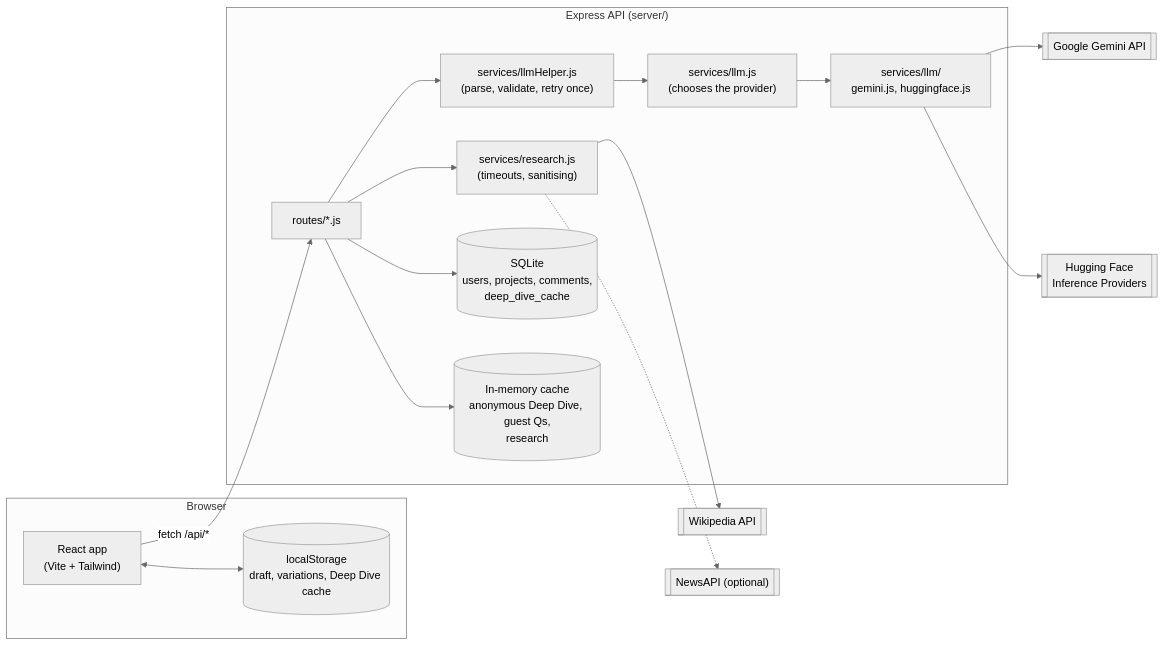
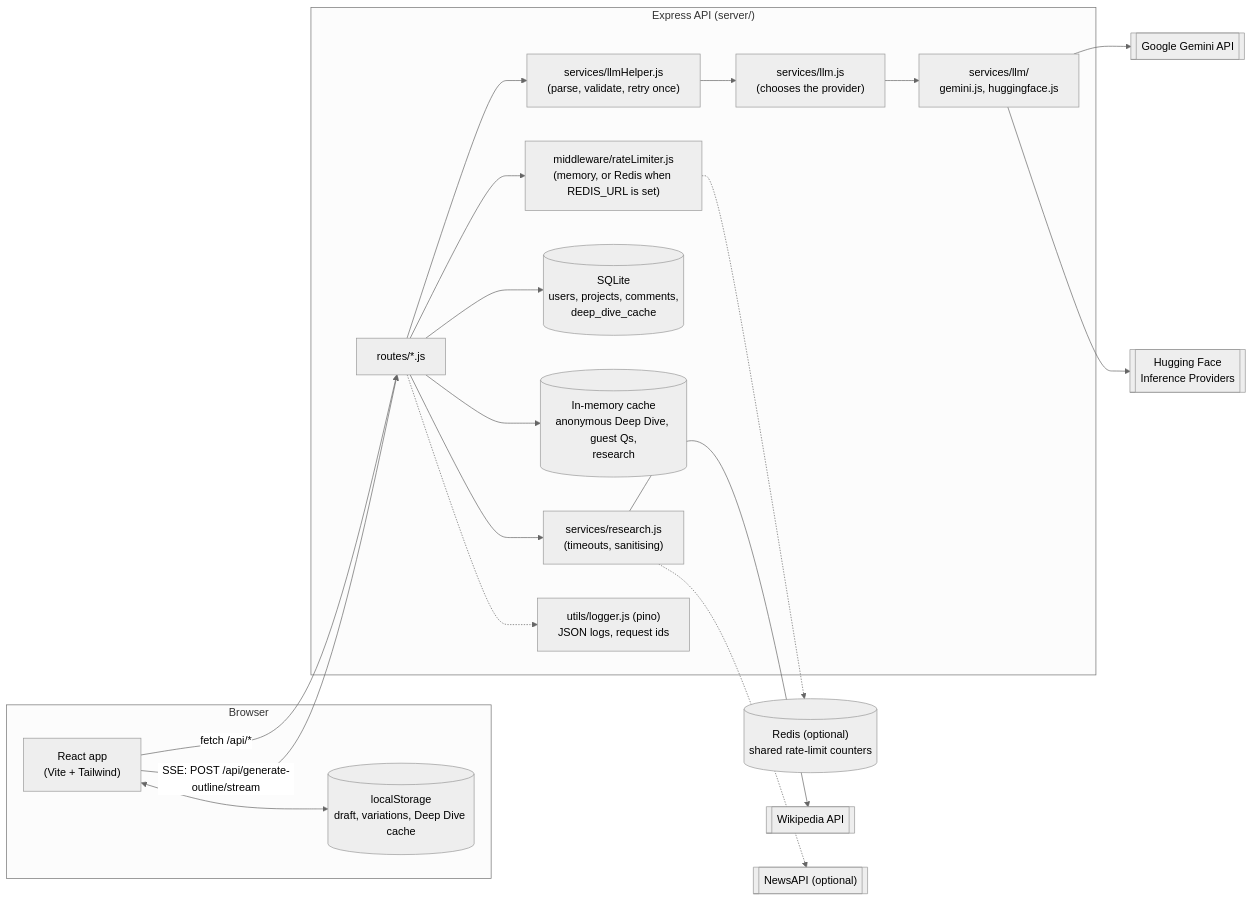
Before and after one commit to Prabhath18/ai-podcast-scirpt-generator: the diagram in README.md, drawn with Mermaid (neutral theme). The commit also changed other lines of this file and 38 other files, not shown here.

````diff
--- a/README.md
+++ b/README.md
@@ -77,32 +79,39 @@
 ```mermaid
 flowchart LR
     subgraph Browser
         UI["React app\n(Vite + Tailwind)"]
         LS[("localStorage\ndraft, variations, Deep Dive cache")]
     end
 
     subgraph API["Express API (server/)"]
         Routes["routes/*.js"]
         Helper["services/llmHelper.js\n(parse, validate, retry once)"]
         LLM["services/llm.js\n(chooses the provider)"]
         Providers["services/llm/\ngemini.js, huggingface.js"]
         Research["services/research.js\n(timeouts, sanitising)"]
         SQLite[("SQLite\nusers, projects, comments,\ndeep_dive_cache")]
         MemCache[("In-memory cache\nanonymous Deep Dive, guest Qs,\nresearch")]
+        Limits["middleware/rateLimiter.js\n(memory, or Redis when REDIS_URL is set)"]
+        Logs["utils/logger.js (pino)\nJSON logs, request ids"]
     end
 
+    Redis[("Redis (optional)\nshared rate-limit counters")]
     Gemini[["Google Gemini API"]]
     HF[["Hugging Face\nInference Providers"]]
     Wiki[["Wikipedia API"]]
     News[["NewsAPI (optional)"]]
 
     UI <--> LS
     UI -- "fetch /api/*" --> Routes
+    UI -- "SSE: POST /api/generate-outline/stream" --> Routes
+    Routes --> Limits
+    Limits -.-> Redis
+    Routes -.-> Logs
     Routes --> Helper --> LLM --> Providers
     Providers --> Gemini
     Providers --> HF
     Routes --> Research --> Wiki
     Research -.-> News
     Routes --> SQLite
     Routes --> MemCache
 ```
````
